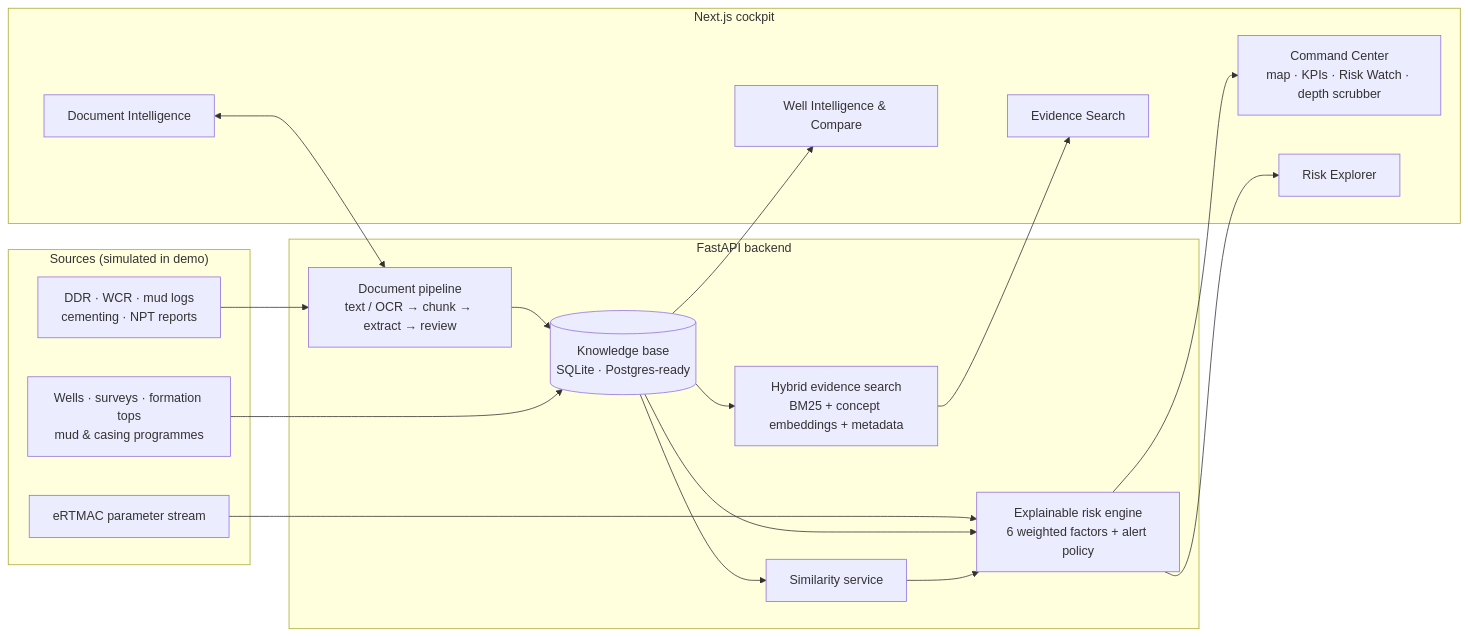
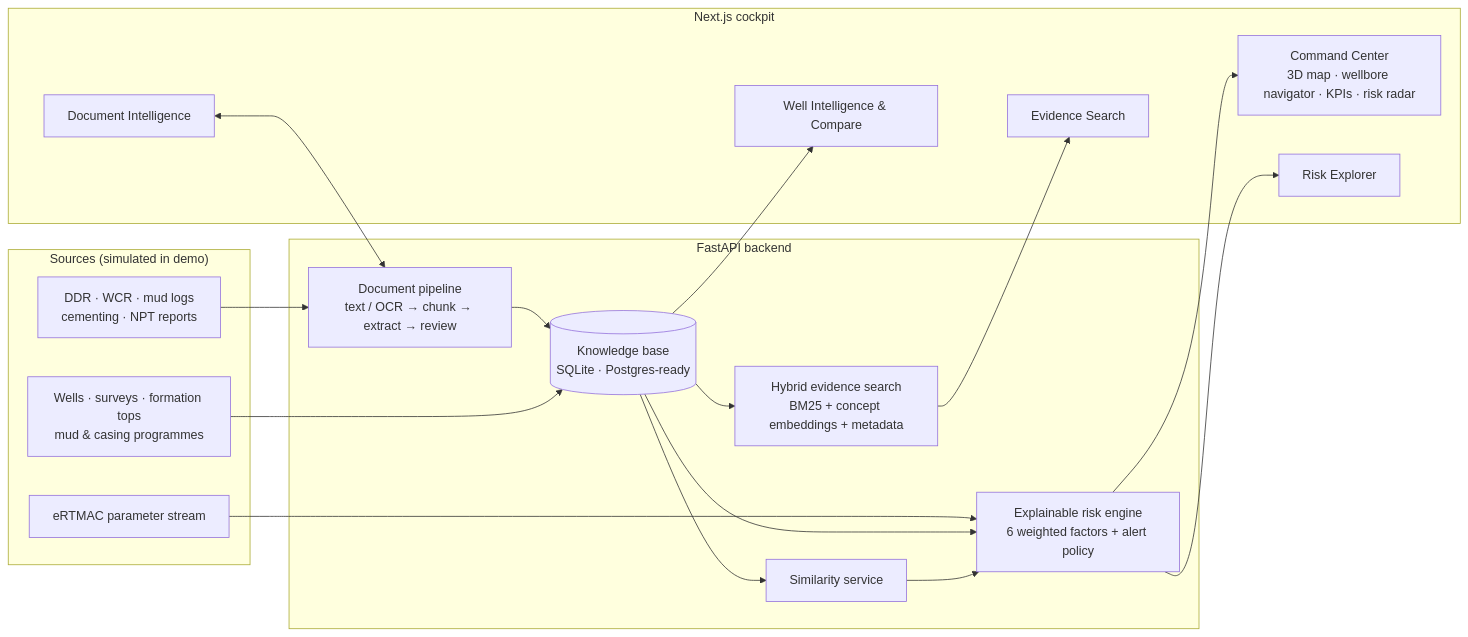
The diagram in README.md (aryabailur/sih26121), drawn with Mermaid before and after one commit. The commit also changed other lines of this file and 148 other files, not shown here.

````diff
--- a/README.md
+++ b/README.md
@@ -100,31 +103,31 @@
 ```mermaid
 flowchart LR
   subgraph Sources["Sources (simulated in demo)"]
     R[DDR · WCR · mud logs<br/>cementing · NPT reports]
     E[eRTMAC parameter stream]
     G[Wells · surveys · formation tops<br/>mud & casing programmes]
   end
   subgraph Backend["FastAPI backend"]
     DP[Document pipeline<br/>text / OCR → chunk → extract → review]
     KB[(Knowledge base<br/>SQLite · Postgres-ready)]
     SE[Hybrid evidence search<br/>BM25 + concept embeddings + metadata]
     RE[Explainable risk engine<br/>6 weighted factors + alert policy]
     SIM[Similarity service]
   end
   subgraph UI["Next.js cockpit"]
-    CC[Command Center<br/>map · KPIs · Risk Watch · depth scrubber]
+    CC[Command Center<br/>3D map · wellbore navigator · KPIs · risk radar]
     WI[Well Intelligence & Compare]
     SR[Evidence Search]
     RX[Risk Explorer]
     DI[Document Intelligence]
   end
   R --> DP --> KB
   G --> KB
   E --> RE
   KB --> SE & RE & SIM
   SIM --> RE
   SE --> SR
   RE --> CC & RX
   KB --> WI
   DI <--> DP
 ```
````
